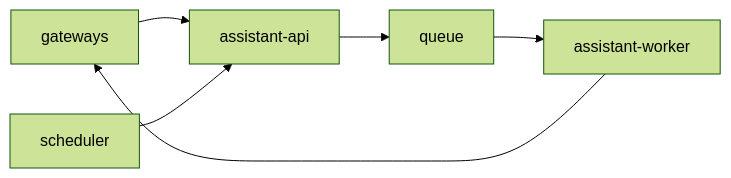
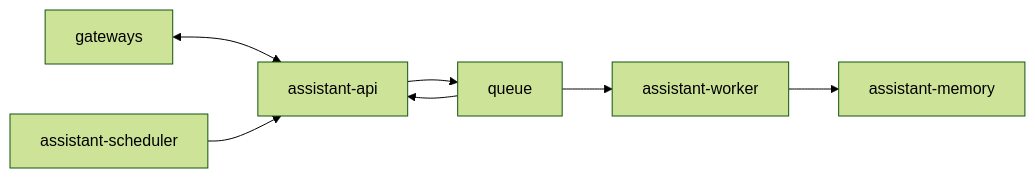
Before and after one commit to vinitu/my-concierge: the diagram in docs/services/assistant.md, drawn with Mermaid (forest theme). The commit also changed other lines of this file and 174 other files, not shown here.

````diff
--- a/docs/services/assistant.md
+++ b/docs/services/assistant.md
@@ -17,8 +19,9 @@
 ```mermaid
 flowchart LR
-    GW["gateways"] --> API["assistant-api"]
-    Scheduler["scheduler"] --> API
+    GW["gateways"] <--> API["assistant-api"]
+    Scheduler["assistant-scheduler"] --> API
     API --> Q["queue"]
     Q --> Worker["assistant-worker"]
-    Worker --> GW
+    Q --> API
+    Worker --> Memory["assistant-memory"]
 ```
````
